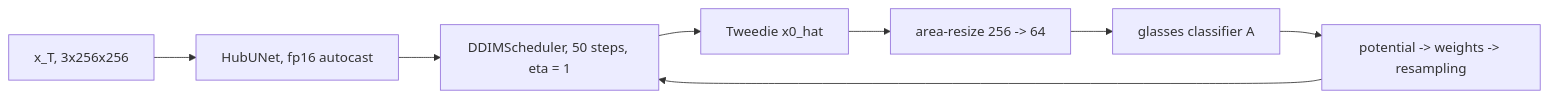
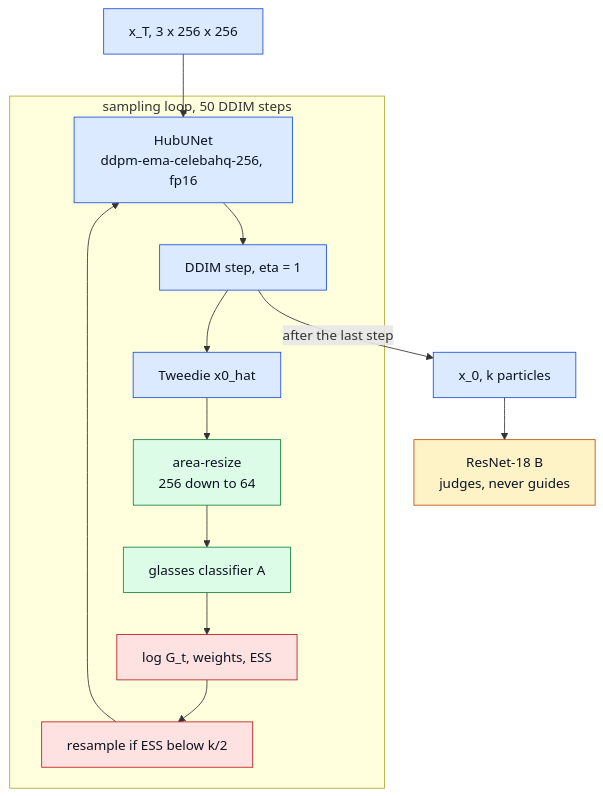
Before and after one commit to fogatogl/FK_steering_implementation: the fourth of 6 diagrams in docs/architecture.md, drawn with Mermaid. The commit also changed other lines of this file, not shown here.

Commit message:
the six diagrams read top to bottom, inside the text column, with one colour code for the roles

````diff
--- a/docs/architecture.md
+++ b/docs/architecture.md
@@ -139,10 +155,22 @@
 ```mermaid
-flowchart LR
-    X["x_T, 3x256x256"] --> U["HubUNet, fp16 autocast"]
-    U --> S["DDIMScheduler, 50 steps, eta = 1"]
-    S --> T["Tweedie x0_hat"]
-    T --> Z["area-resize 256 -> 64"]
-    Z --> A["glasses classifier A"]
-    A --> P["potential -> weights -> resampling"]
-    P --> S
+flowchart TB
+    X["x_T, 3 x 256 x 256"]:::gen
+    subgraph loop["sampling loop, 50 DDIM steps"]
+        U["HubUNet<br>ddpm-ema-celebahq-256, fp16"]:::gen
+        S["DDIM step, eta = 1"]:::gen
+        TW["Tweedie x0_hat"]:::gen
+        Z["area-resize<br>256 down to 64"]:::guide
+        A["glasses classifier A"]:::guide
+        W["log G_t, weights, ESS"]:::smc
+        RS["resample if ESS below k/2"]:::smc
+        U --> S --> TW --> Z --> A --> W --> RS
+        RS --> U
+    end
+    X --> U
+    S -- "after the last step" --> FIN["x_0, k particles"]:::gen
+    FIN --> B["ResNet-18 B<br>judges, never guides"]:::judge
+    classDef gen fill:#dbeafe,stroke:#1d4ed8,stroke-width:1px,color:#0b1220
+    classDef guide fill:#dcfce7,stroke:#15803d,stroke-width:1px,color:#0b1220
+    classDef judge fill:#fef3c7,stroke:#b45309,stroke-width:1px,color:#0b1220
+    classDef smc fill:#fee2e2,stroke:#b91c1c,stroke-width:1px,color:#0b1220
 ```
````
